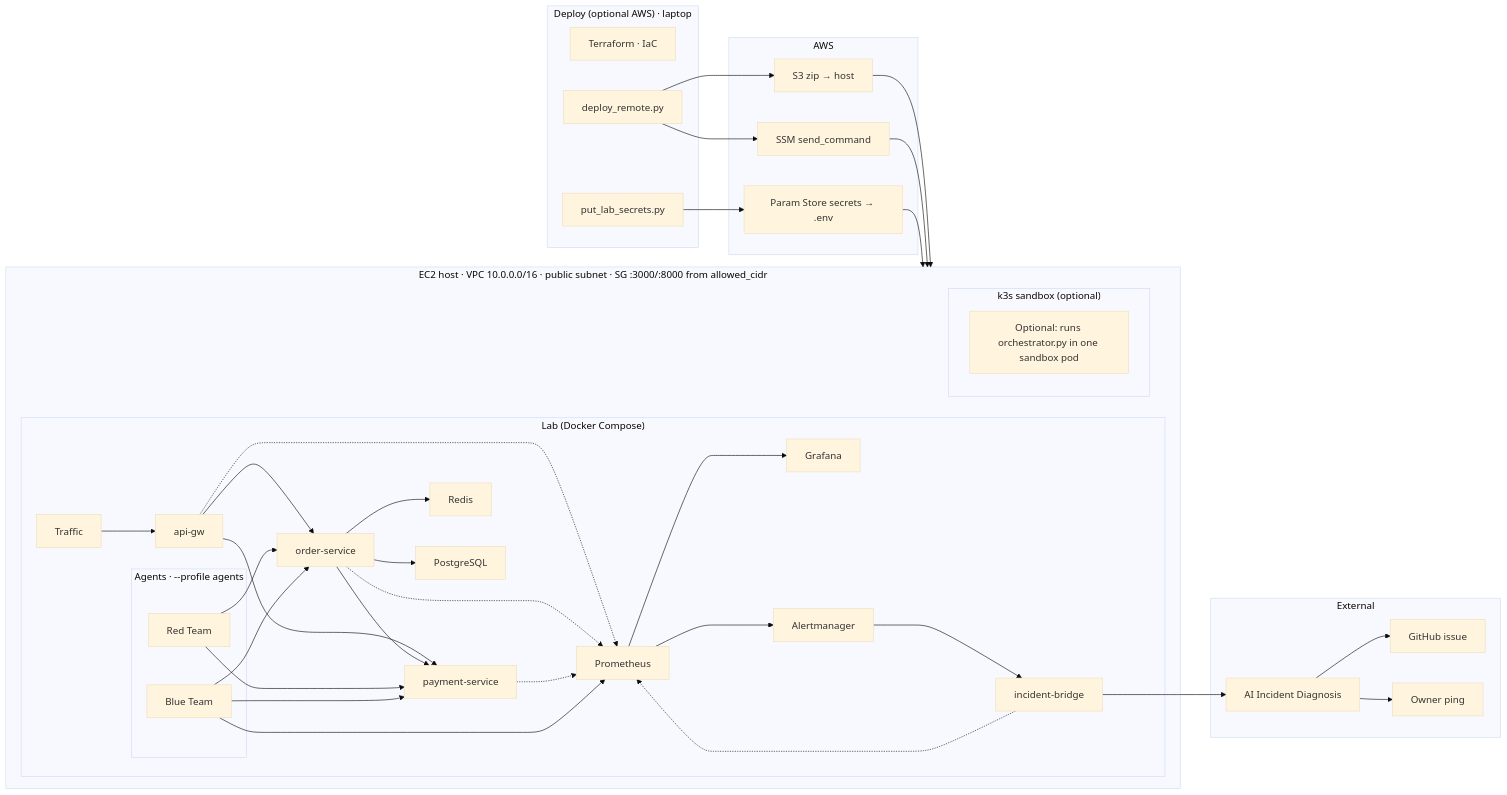
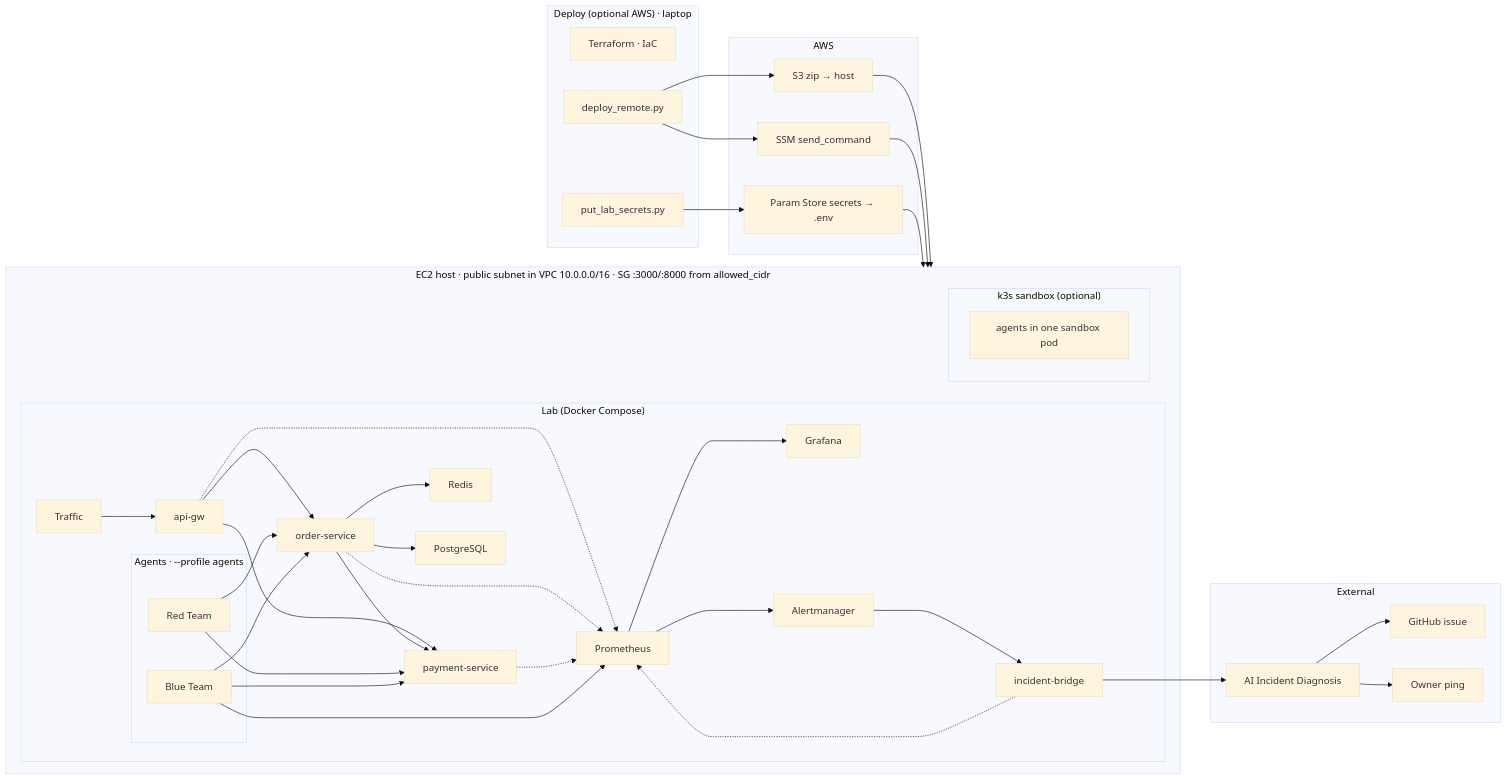
The diagram in docs/architecture.mmd (ritvikindupuri/ResilienceOps), drawn with Mermaid before and after one commit. The commit also changed 8 other files, not shown here.

First line of the commit message:
Fix architecture endpoints, Blue query edge, and deploy arrows.

```diff
--- a/docs/architecture.mmd
+++ b/docs/architecture.mmd
@@ -1,69 +1,69 @@
 %%{init: { "theme": "base", "flowchart": { "curve": "basis" } }}%%
 flowchart LR
   TF["Terraform · IaC"]
   DEPLOY["deploy_remote.py"]
   SECRETS["put_lab_secrets.py"]
   subgraph laptop ["Deploy (optional AWS) · laptop"]
     TF
     SECRETS
     DEPLOY
   end
   subgraph aws ["AWS"]
     S3["S3 zip → host"]
     PARAM["Param Store secrets → .env"]
     SSM["SSM send_command"]
   end
-  subgraph host ["EC2 host · VPC 10.0.0.0/16 · public subnet · SG :3000/:8000 from allowed_cidr"]
+  subgraph host ["EC2 host · public subnet in VPC 10.0.0.0/16 · SG :3000/:8000 from allowed_cidr"]
     subgraph compose ["Lab (Docker Compose)"]
       subgraph agents ["Agents · --profile agents"]
         RED[Red Team]
         BLUE[Blue Team]
       end
       TG[Traffic]
       GW[api-gw]
       OS[order-service]
       PS[payment-service]
       RD[Redis]
       PG[PostgreSQL]
       PROM[Prometheus]
       GRAF[Grafana]
       AM[Alertmanager]
       BR["incident-bridge"]
       TG --> GW
       GW --> OS
       GW --> PS
       OS --> PS
       OS --> RD
       OS --> PG
       GW -.-> PROM
       OS -.-> PROM
       PS -.-> PROM
       PROM --> GRAF
       PROM --> AM
       AM --> BR
       BR -.-> PROM
     end
     subgraph k3sopt ["k3s sandbox (optional)"]
-      K3S["Optional: runs orchestrator.py in one sandbox pod"]
+      K3S["agents in one sandbox pod"]
     end
   end
   subgraph ext ["External"]
     BOT["AI Incident Diagnosis"]
     GH["GitHub issue"]
     PING["Owner ping"]
     BOT --> GH
     BOT --> PING
   end
 
   DEPLOY --> S3
   DEPLOY --> SSM
   SECRETS --> PARAM
   S3 --> host
   SSM --> host
   PARAM --> host
   RED --> OS
   RED --> PS
   BLUE --> OS
   BLUE --> PS
   BLUE --> PROM
   BR --> BOT
```
